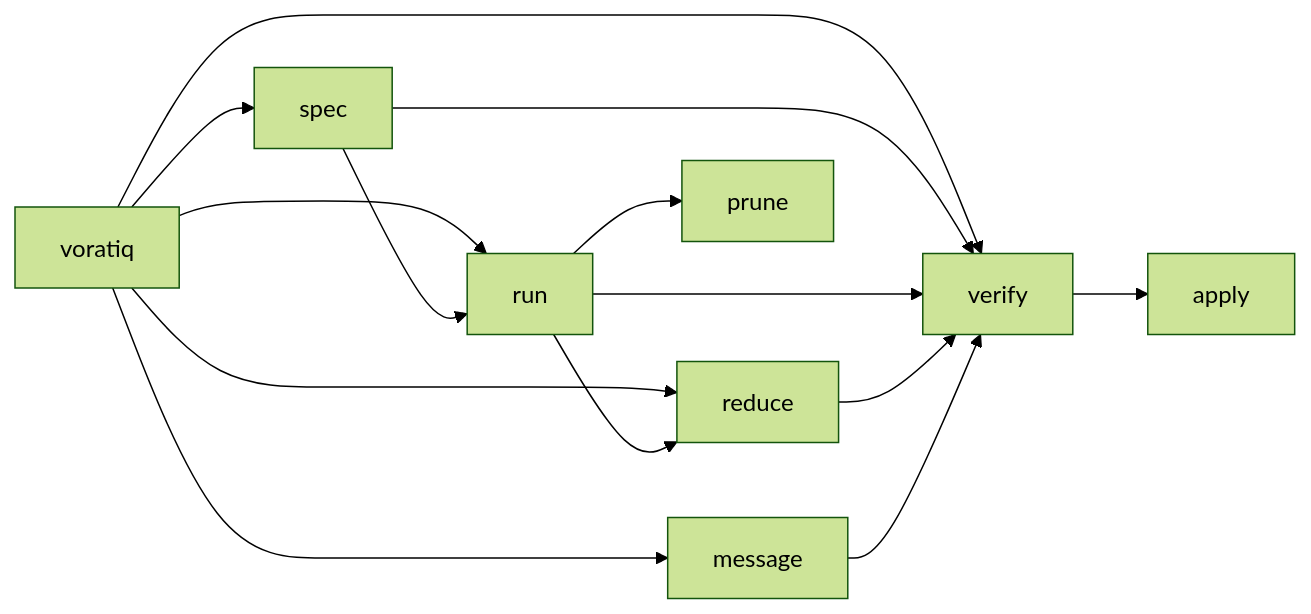
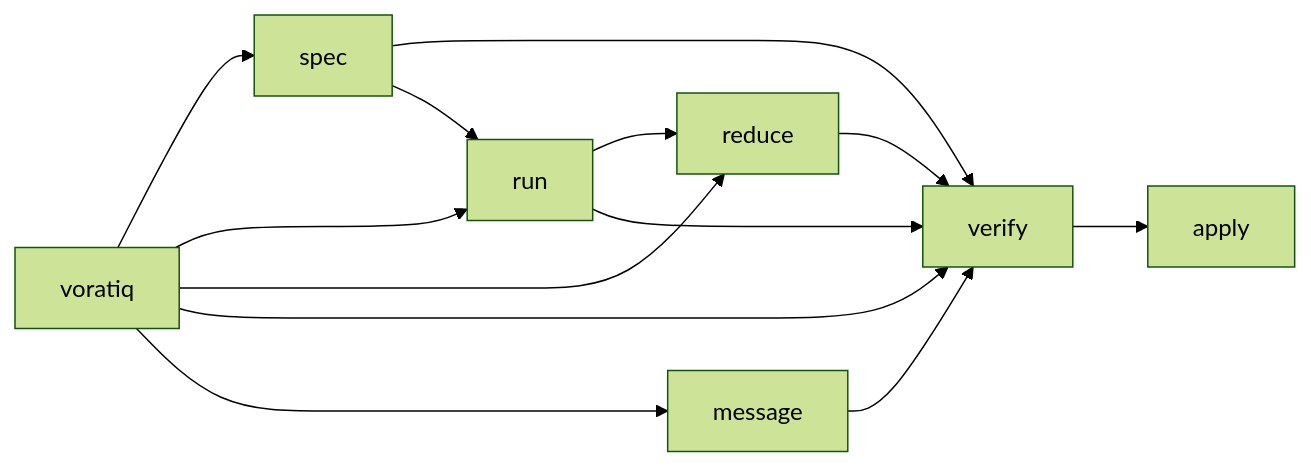
Before and after one commit to voratiq/voratiq: the diagram in docs/how-it-works.md, drawn with Mermaid (forest theme). The commit also changed other lines of this file and 69 other files, not shown here.

````diff
--- a/docs/how-it-works.md
+++ b/docs/how-it-works.md
@@ -67,26 +66,24 @@
 ```mermaid
 flowchart LR
   I[voratiq]
   S[spec]
   R[run]
   D[reduce]
   V[verify]
   M[message]
   A[apply]
-  P[prune]
 
   I --> S
   I --> R
   I --> D
   I --> V
   I --> M
 
   S --> V
   S --> R
   R --> D
   R --> V
   D --> V
   M --> V
   V --> A
-  R --> P
 ```
````
